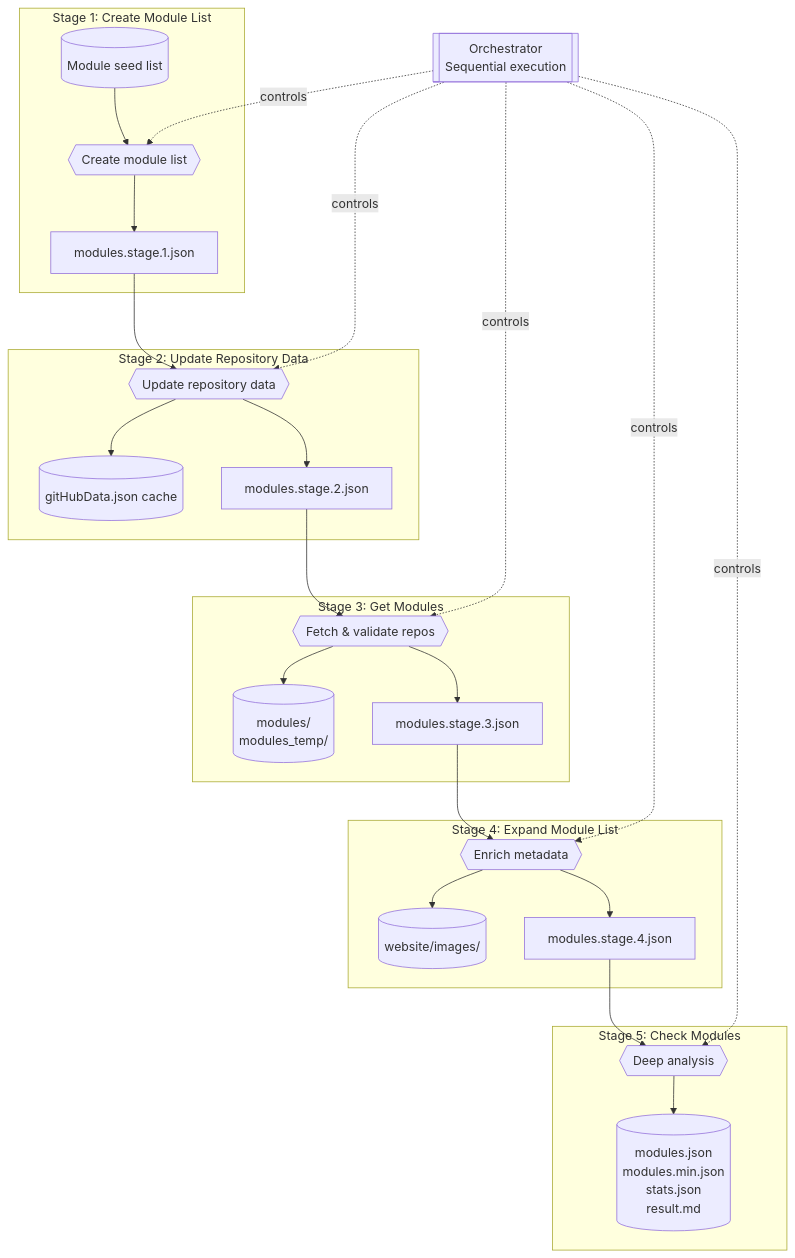
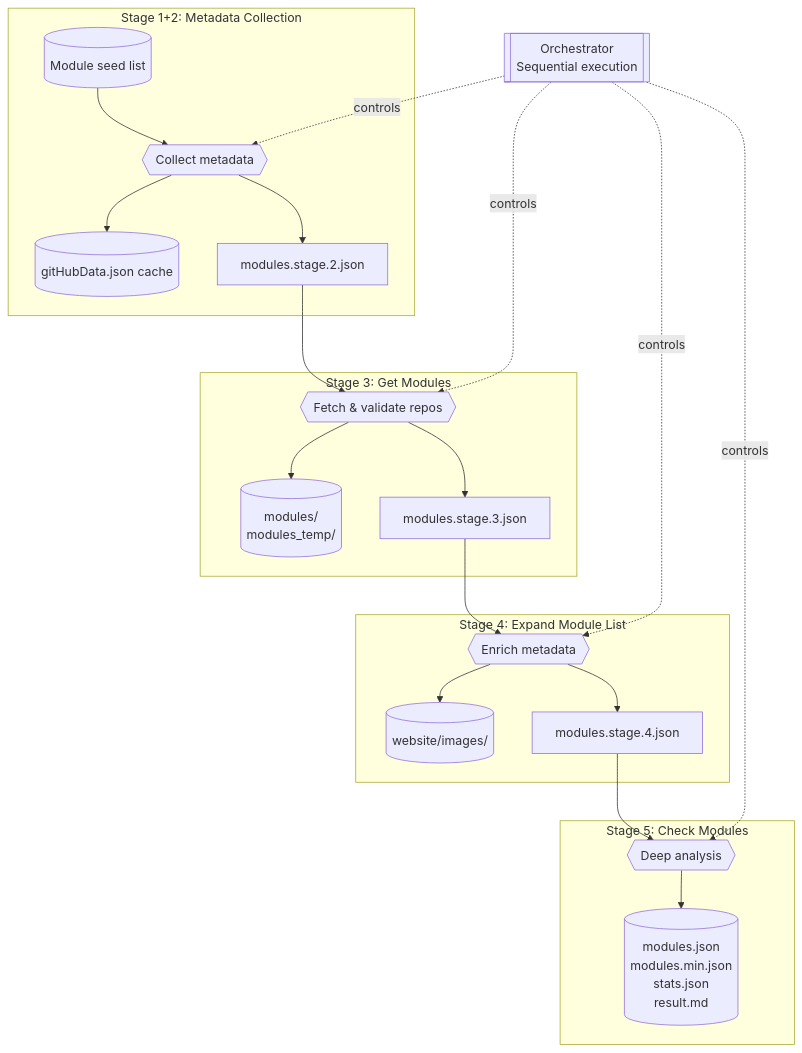
The first of 6 diagrams in docs/architecture.md (KristjanESPERANTO/MagicMirror-3rd-Party-Modules), drawn with Mermaid before and after one commit. The commit also changed other lines of this file and 7 other files, not shown here.

First line of the commit message:
feat(pipeline): merge stage 1 and 2 into unified metadata collector

````diff
--- a/docs/architecture.md
+++ b/docs/architecture.md
@@ -21,38 +20,32 @@
 ```mermaid
 flowchart TB
   orchestrator[[Orchestrator<br>Sequential execution]]
 
-  subgraph Stage 1: Create Module List
-    seed[("Module seed list")] --> create{{Create module list}}
-    create --> stage1["modules.stage.1.json"]
-  end
-
-  subgraph Stage 2: Update Repository Data
-    stage1 --> update{{Update repository data}}
-    update --> cache[("gitHubData.json cache")]
-    update --> stage2["modules.stage.2.json"]
+  subgraph Stage 1+2: Metadata Collection
+    seed[("Module seed list")] --> collect{{Collect metadata}}
+    collect --> cache[("gitHubData.json cache")]
+    collect --> stage2["modules.stage.2.json"]
   end
 
   subgraph Stage 3: Get Modules
     stage2 --> fetch{{Fetch & validate repos}}
     fetch --> clones[("modules/<br>modules_temp/")]
     fetch --> stage3["modules.stage.3.json"]
   end
 
   subgraph Stage 4: Expand Module List
     stage3 --> enrich{{Enrich metadata}}
     enrich --> images[("website/images/")]
     enrich --> stage4["modules.stage.4.json"]
   end
 
   subgraph Stage 5: Check Modules
     stage4 --> analyze{{Deep analysis}}
     analyze --> outputs[("modules.json<br>modules.min.json<br>stats.json<br>result.md")]
   end
 
-  orchestrator -.controls.-> create
-  orchestrator -.controls.-> update
+  orchestrator -.controls.-> collect
   orchestrator -.controls.-> fetch
   orchestrator -.controls.-> enrich
   orchestrator -.controls.-> analyze
 ```
````
